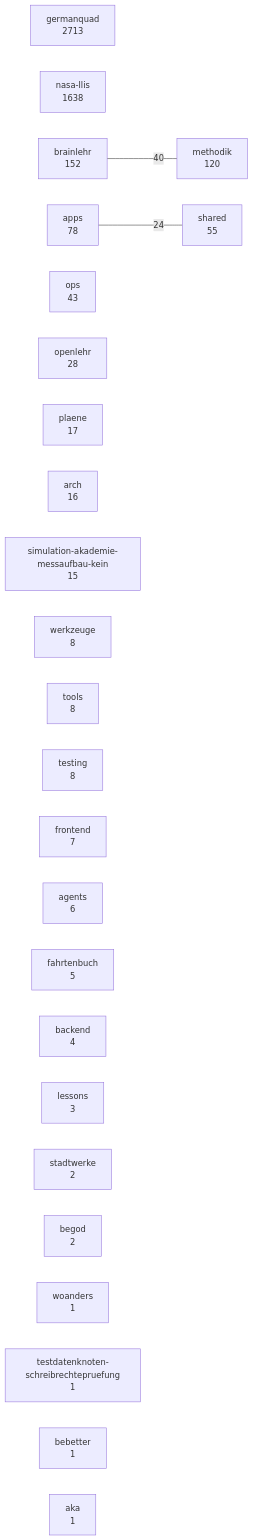
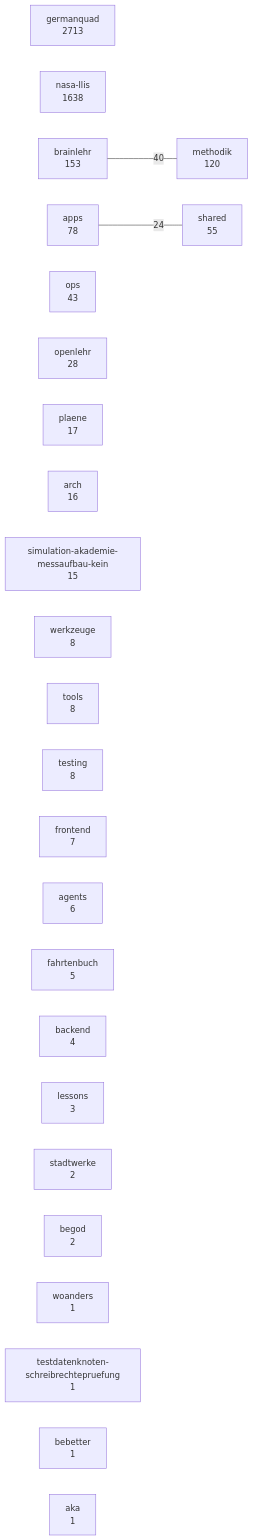
One commit to 3lehr/brainlehr changed the diagram in docs/karten/bestand.md. Above: the diagram before and after it, drawn with Mermaid. The commit also changed 5 other files, not shown here.

````diff
--- a/docs/karten/bestand.md
+++ b/docs/karten/bestand.md
@@ -5,30 +5,30 @@
 ```mermaid
 graph LR
   germanquad["germanquad<br/>2713"]
   nasa_llis["nasa-llis<br/>1638"]
-  brainlehr["brainlehr<br/>152"]
+  brainlehr["brainlehr<br/>153"]
   methodik["methodik<br/>120"]
   apps["apps<br/>78"]
   shared["shared<br/>55"]
   ops["ops<br/>43"]
   openlehr["openlehr<br/>28"]
   plaene["plaene<br/>17"]
   arch["arch<br/>16"]
   simulation_akademie_messaufbau_kein["simulation-akademie-messaufbau-kein<br/>15"]
   werkzeuge["werkzeuge<br/>8"]
   tools["tools<br/>8"]
   testing["testing<br/>8"]
   frontend["frontend<br/>7"]
   agents["agents<br/>6"]
   fahrtenbuch["fahrtenbuch<br/>5"]
   backend["backend<br/>4"]
   lessons["lessons<br/>3"]
   stadtwerke["stadtwerke<br/>2"]
   begod["begod<br/>2"]
   woanders["woanders<br/>1"]
   testdatenknoten_schreibrechtepruefung["testdatenknoten-schreibrechtepruefung<br/>1"]
   bebetter["bebetter<br/>1"]
   aka["aka<br/>1"]
   brainlehr ---|40| methodik
   apps ---|24| shared
 ```
````
